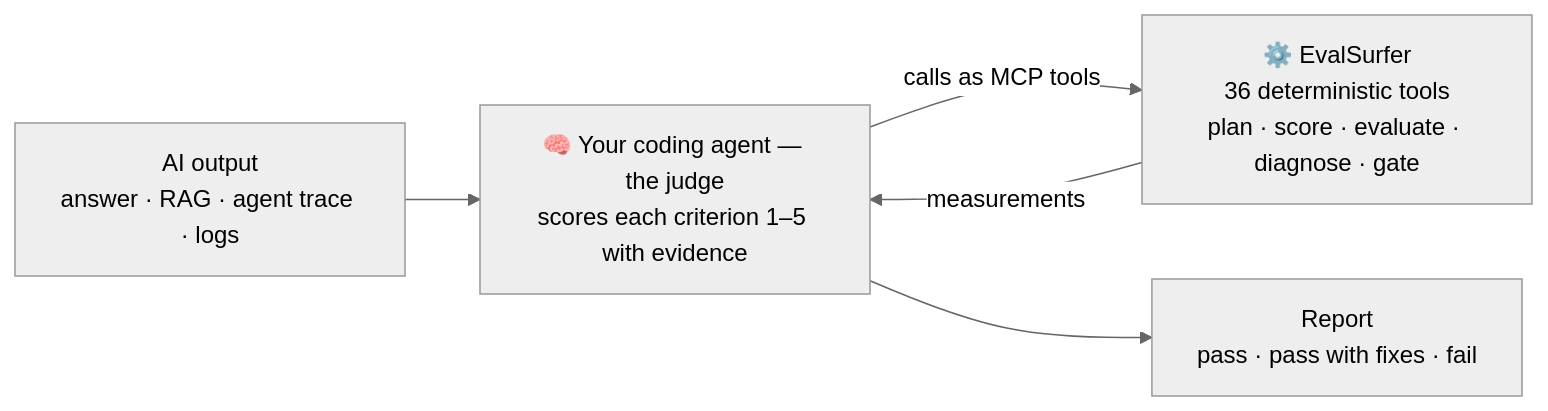
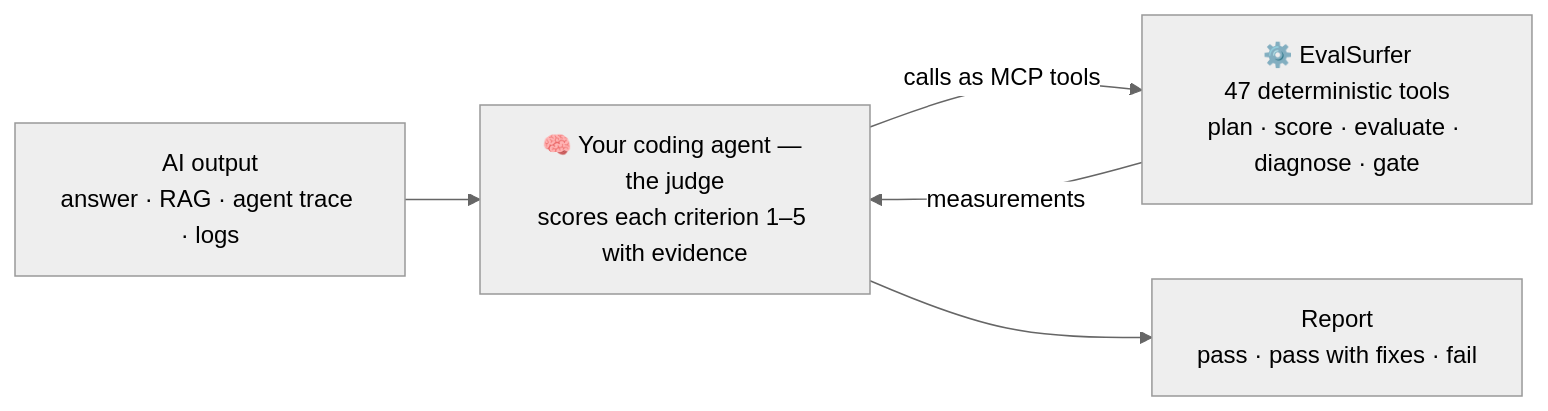
One commit to di37/EvalSurfer changed the diagram in README.md. Above: the diagram before and after it, drawn with Mermaid (neutral theme). The commit also changed other lines of this file and 44 other files, not shown here.

````diff
--- a/README.md
+++ b/README.md
@@ -30,7 +30,7 @@
 ```mermaid
 flowchart LR
     A["AI output<br/>answer · RAG · agent trace · logs"] --> B["🧠 Your coding agent — the judge<br/>scores each criterion 1–5 with evidence"]
-    B -->|"calls as MCP tools"| C["⚙️ EvalSurfer<br/>36 deterministic tools<br/>plan · score · evaluate · diagnose · gate"]
+    B -->|"calls as MCP tools"| C["⚙️ EvalSurfer<br/>47 deterministic tools<br/>plan · score · evaluate · diagnose · gate"]
     C -->|"measurements"| B
     B --> D["Report<br/>pass · pass with fixes · fail"]
 ```
````
